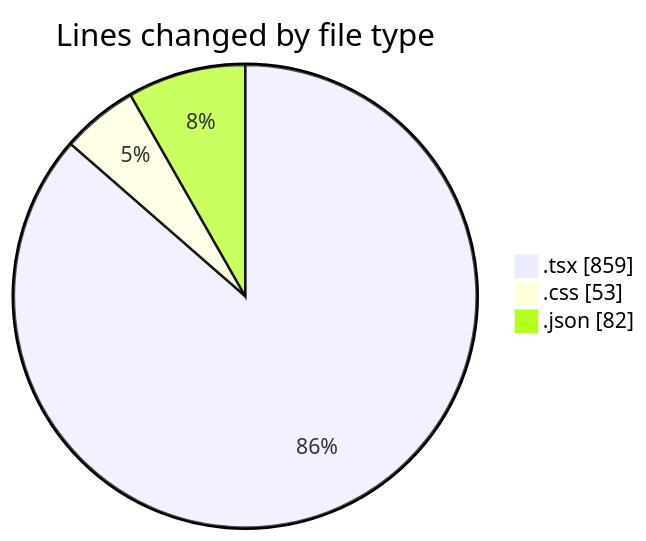
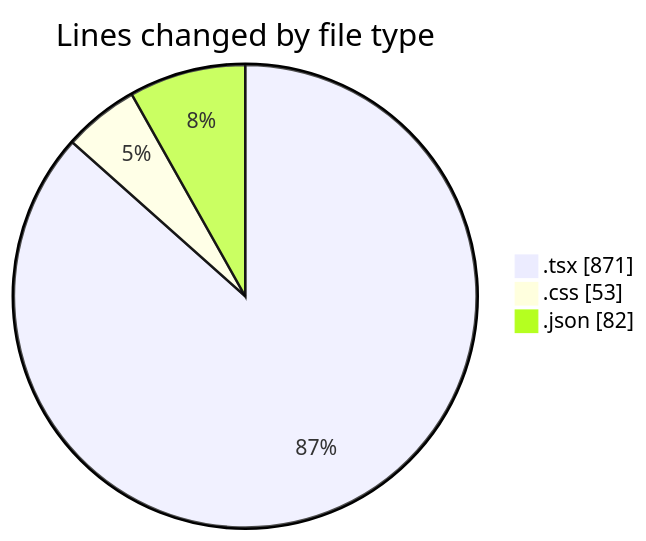
One commit to Elitesun/code-tracking changed the first of 2 diagrams in 2025-04-10/product-page/README.md. Above: the diagram before and after it, drawn with Mermaid. The commit also changed other lines of this file and 1 other file, not shown here.

````diff
--- a/2025-04-10/product-page/README.md
+++ b/2025-04-10/product-page/README.md
@@ -33,7 +33,7 @@
 ```mermaid
 pie showData
 title Lines changed by file type
-".tsx" : 859
+".tsx" : 871
 ".css" : 53
 ".json" : 82
 ```
````
